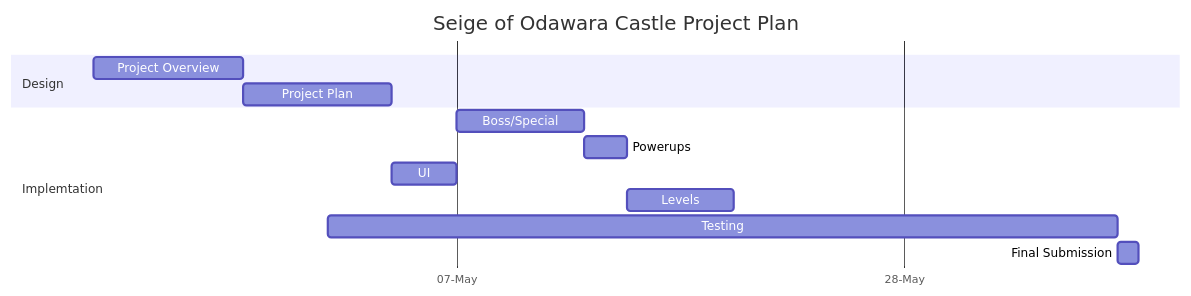
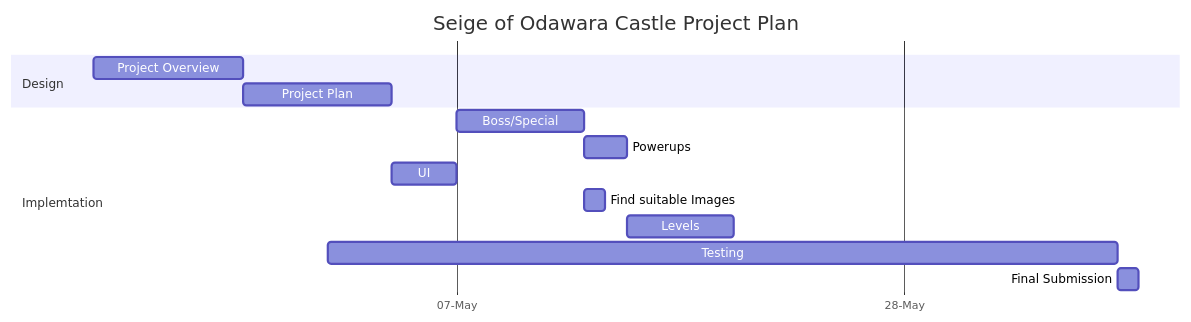
One commit to 0628222/Space-Invaders changed the diagram in design.md. Above: the diagram before and after it, drawn with Mermaid. The commit also changed other lines of this file, not shown here.

````diff
--- a/design.md
+++ b/design.md
@@ -24,19 +24,20 @@
  ``` mermaid 
 gantt
      title Seige of Odawara Castle Project Plan
      dateFormat DD-MM-YY
      axisFormat %d-%B
      tickInterval 3week
 
      section Design 
      Project Overview:20-04-23, 7d
      Project Plan:27-04-23, 7d
      
      section Implemtation
      Boss/Special:07-05-23, 6d
      Powerups:13-05-23, 2d
      UI:04-05-23, 3d
+     Find suitable Images:13-05-23, 1d 
      Levels:15-05-23, 5d
      Testing:01-05-23, 07-06-23
      Final Submission:07-06-23, 1d
 ```
````
